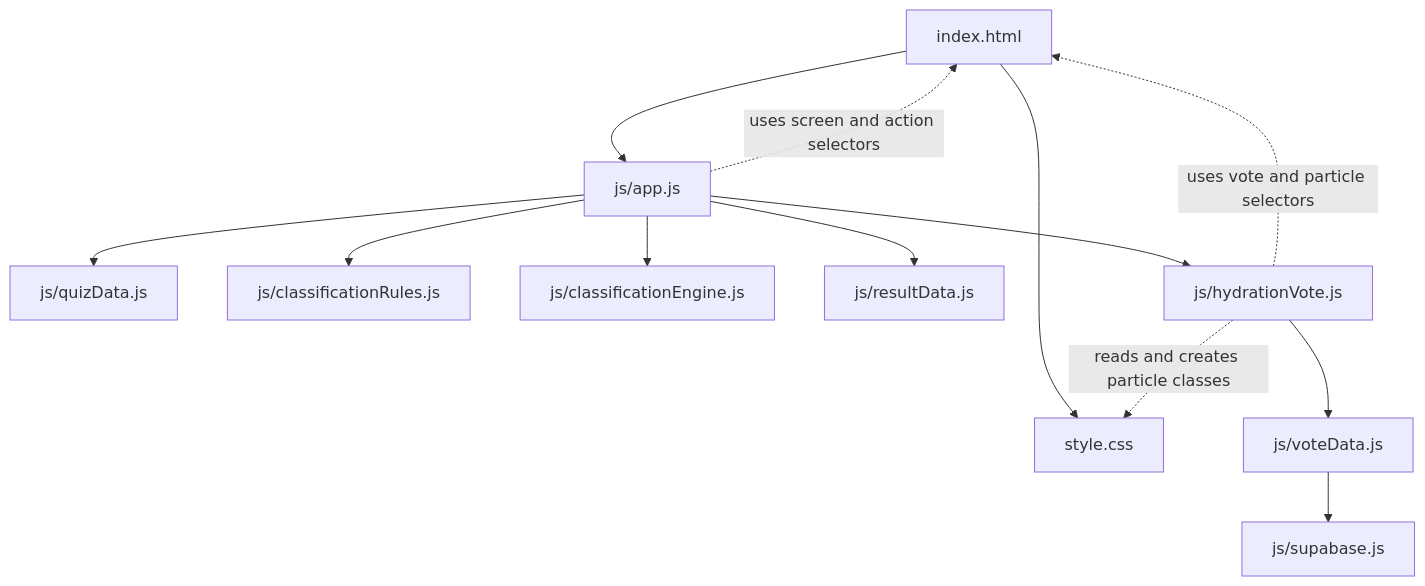
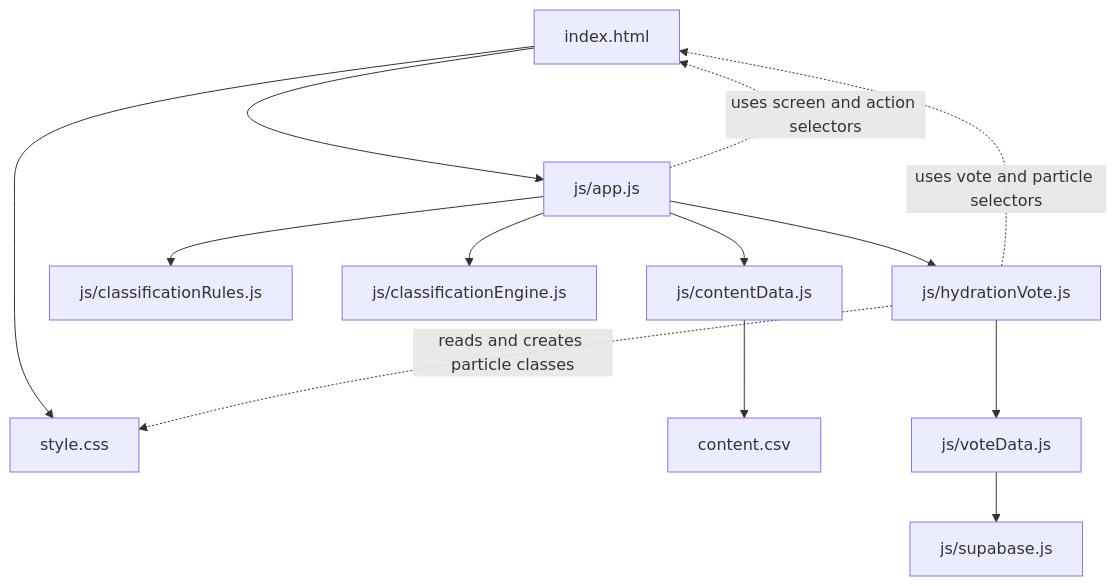
One commit to Yi-Cheng-Lin-ntu/GarminRunYourRunningGear changed the diagram in PROJECT_MAP.md. Above: the diagram before and after it, drawn with Mermaid. The commit also changed other lines of this file, not shown here.

````diff
--- a/PROJECT_MAP.md
+++ b/PROJECT_MAP.md
@@ -13,15 +13,15 @@
 ```mermaid
 flowchart TD
   index[index.html] --> styles[style.css]
   index --> app[js/app.js]
-  app --> quiz[js/quizData.js]
+  app --> contentLoader[js/contentData.js]
+  contentLoader --> contentCsv[content.csv]
   app --> rules[js/classificationRules.js]
   app --> engine[js/classificationEngine.js]
-  app --> results[js/resultData.js]
   app --> hydration[js/hydrationVote.js]
   hydration --> voteData[js/voteData.js]
   voteData --> supabase[js/supabase.js]
   hydration -. reads and creates particle classes .-> styles
   app -. uses screen and action selectors .-> index
   hydration -. uses vote and particle selectors .-> index
 ```
````
